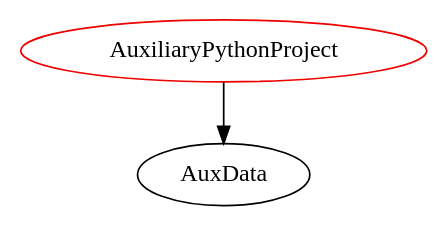
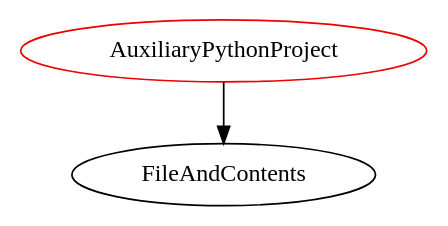
The diagram in analysis/TypeDependencyGraphs/code/AuxiliaryPythonProject.dot (JacquesCarette/Drasil), drawn with Graphviz before and after one commit. The commit also changed 172 other files, not shown here.

```diff
--- a/analysis/TypeDependencyGraphs/code/AuxiliaryPythonProject.dot
+++ b/analysis/TypeDependencyGraphs/code/AuxiliaryPythonProject.dot
@@ -1,4 +1,4 @@
 digraph auxiliarypythonproject{
 AuxiliaryPythonProject	[shape=oval, color=red2, label="AuxiliaryPythonProject"];
-AuxiliaryPythonProject -> AuxData;
+AuxiliaryPythonProject -> FileAndContents;
 }
```
